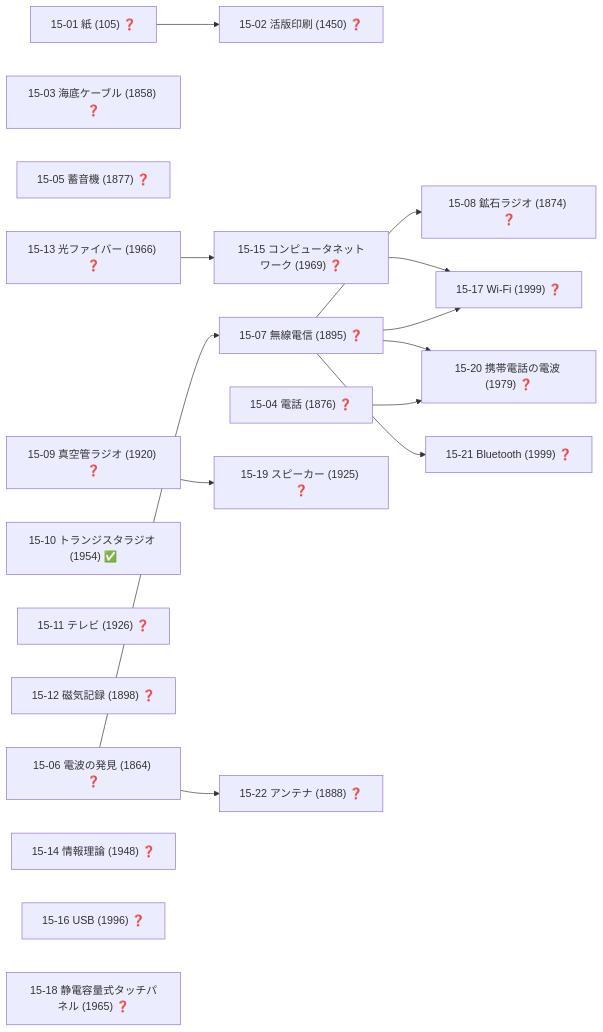
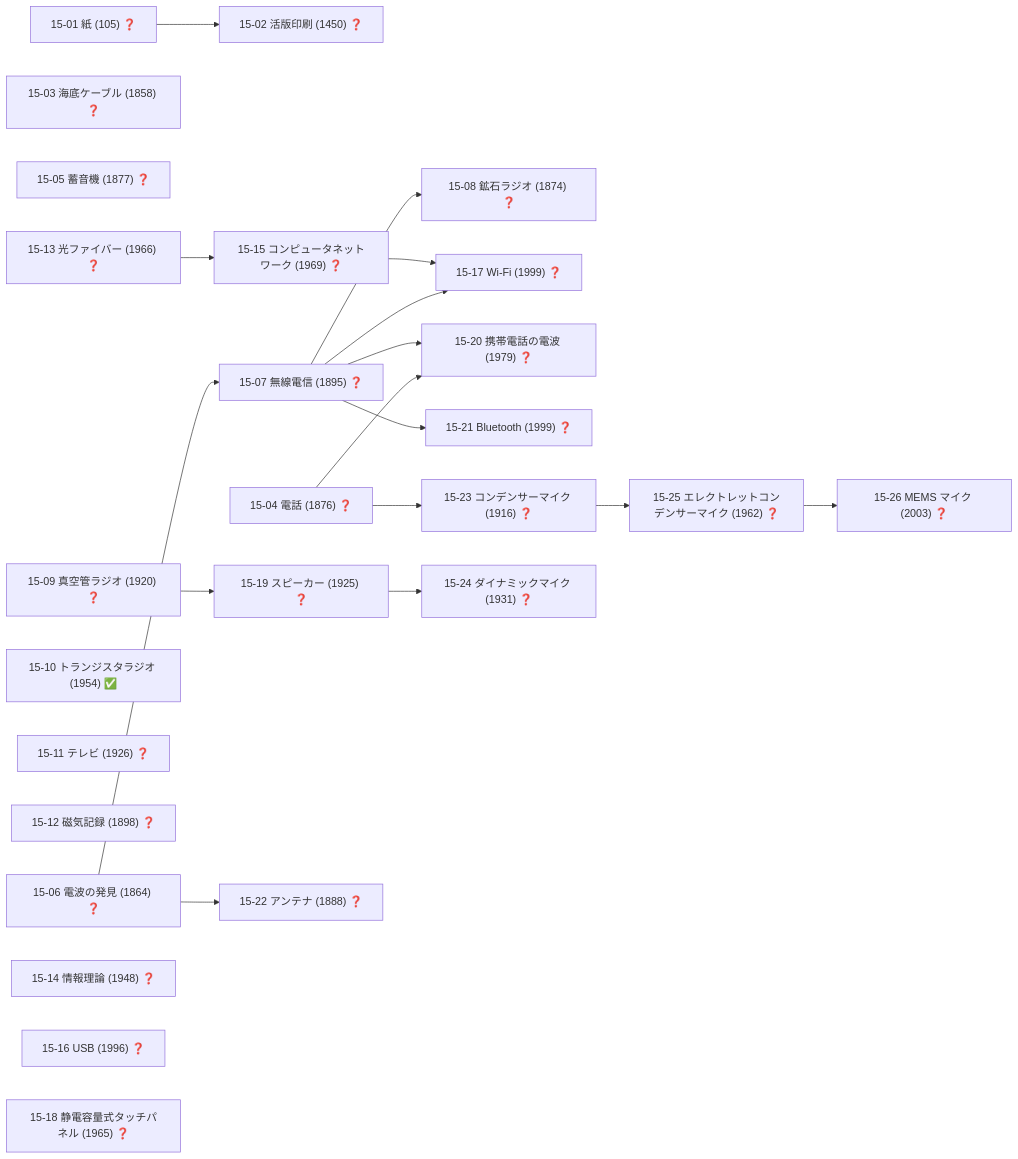
One commit to taku3i0317-collab/semiconductor-lab changed diagram 18 of 19 in docs/TECH_TREE_VIEW.md. Above: the diagram before and after it, drawn with Mermaid. The commit also changed other lines of this file and 13 other files, not shown here.

````diff
--- a/docs/TECH_TREE_VIEW.md
+++ b/docs/TECH_TREE_VIEW.md
@@ -866,36 +874,44 @@
 ```mermaid
 graph LR
   n15_01["15-01 紙 (105) ❓"]
   n15_02["15-02 活版印刷 (1450) ❓"]
   n15_03["15-03 海底ケーブル (1858) ❓"]
   n15_04["15-04 電話 (1876) ❓"]
   n15_05["15-05 蓄音機 (1877) ❓"]
   n15_06["15-06 電波の発見 (1864) ❓"]
   n15_07["15-07 無線電信 (1895) ❓"]
   n15_08["15-08 鉱石ラジオ (1874) ❓"]
   n15_09["15-09 真空管ラジオ (1920) ❓"]
   n15_10["15-10 トランジスタラジオ (1954) ✅"]
   n15_11["15-11 テレビ (1926) ❓"]
   n15_12["15-12 磁気記録 (1898) ❓"]
   n15_13["15-13 光ファイバー (1966) ❓"]
   n15_14["15-14 情報理論 (1948) ❓"]
   n15_15["15-15 コンピュータネットワーク (1969) ❓"]
   n15_16["15-16 USB (1996) ❓"]
   n15_17["15-17 Wi-Fi (1999) ❓"]
   n15_18["15-18 静電容量式タッチパネル (1965) ❓"]
   n15_19["15-19 スピーカー (1925) ❓"]
   n15_20["15-20 携帯電話の電波 (1979) ❓"]
   n15_21["15-21 Bluetooth (1999) ❓"]
   n15_22["15-22 アンテナ (1888) ❓"]
+  n15_23["15-23 コンデンサーマイク (1916) ❓"]
+  n15_24["15-24 ダイナミックマイク (1931) ❓"]
+  n15_25["15-25 エレクトレットコンデンサーマイク (1962) ❓"]
+  n15_26["15-26 MEMS マイク (2003) ❓"]
   n15_01-->n15_02
   n15_06-->n15_07
   n15_07-->n15_08
   n15_13-->n15_15
   n15_07-->n15_17
   n15_15-->n15_17
   n15_09-->n15_19
   n15_04-->n15_20
   n15_07-->n15_20
   n15_07-->n15_21
   n15_06-->n15_22
+  n15_04-->n15_23
+  n15_19-->n15_24
+  n15_23-->n15_25
+  n15_25-->n15_26
 ```
````
